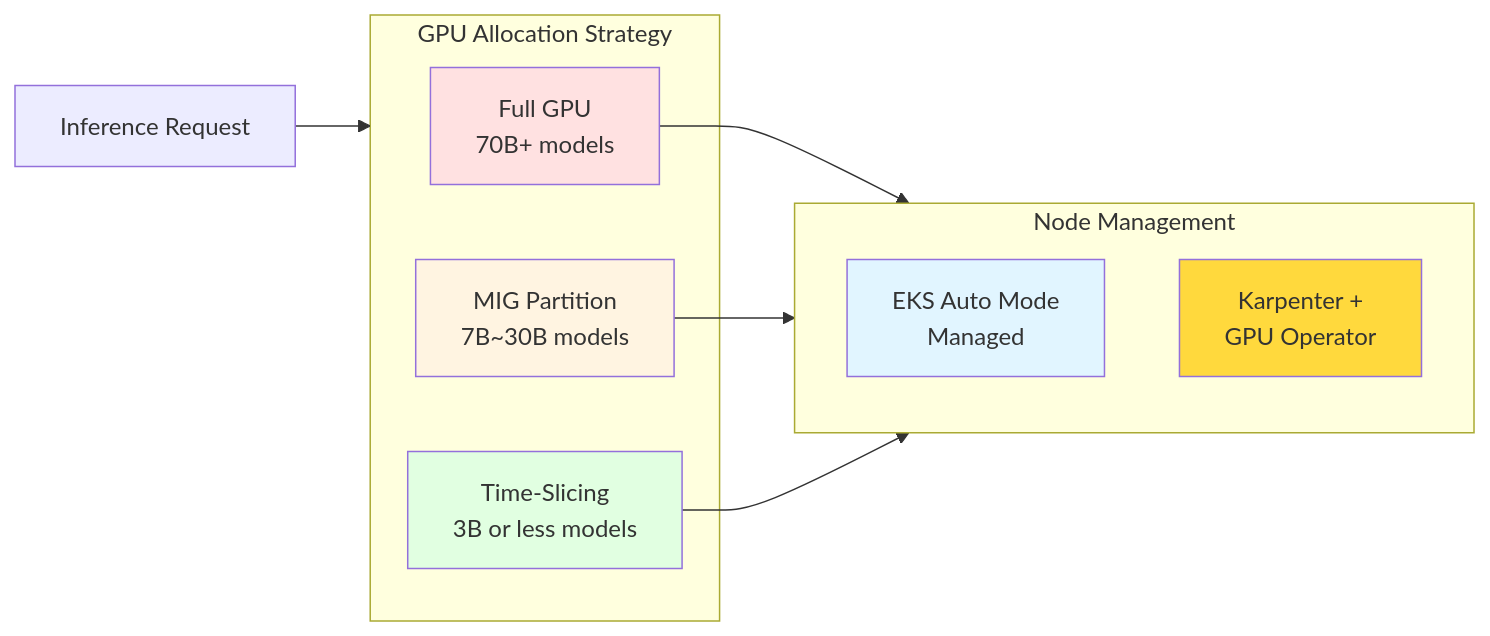
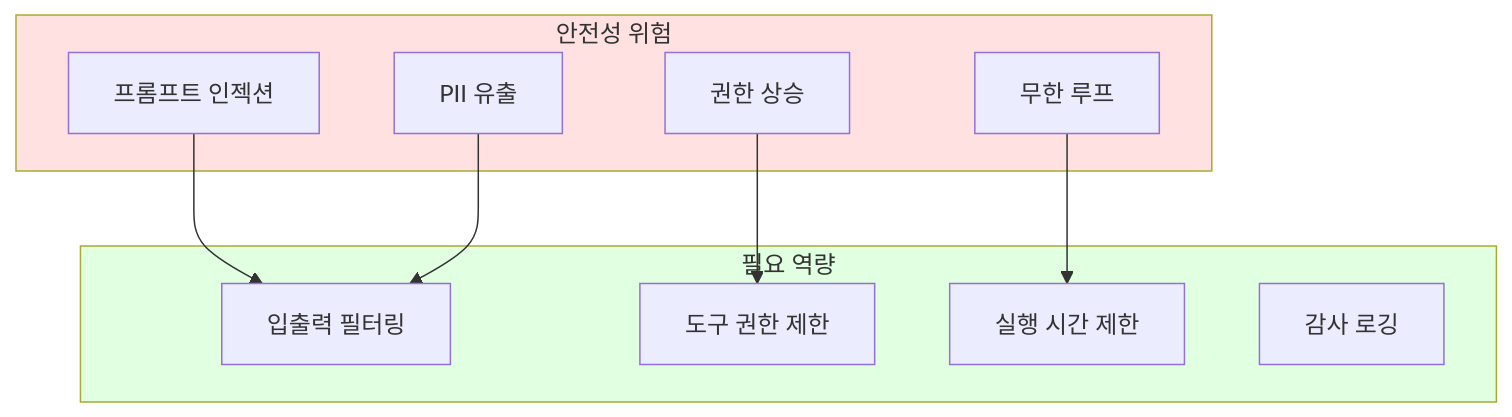
Before and after one commit to devfloor9/engineering-playbook: the third of 4 diagrams in i18n/en/docusaurus-plugin-content-docs/current/agentic-ai-platform/design-architecture/agentic-ai-challenges.md, drawn with Mermaid. The commit also changed other lines of this file and 23 other files, not shown here.

````diff
--- a/i18n/en/docusaurus-plugin-content-docs/current/agentic-ai-platform/design-architecture/agentic-ai-challenges.md
+++ b/i18n/en/docusaurus-plugin-content-docs/current/agentic-ai-platform/design-architecture/agentic-ai-challenges.md
@@ -245,26 +149,24 @@
 ```mermaid
-flowchart LR
-    REQ["Inference Request"]
-
-    subgraph GPUStrategy["GPU Allocation Strategy"]
-        FULL["Full GPU<br/>70B+ models"]
-        MIG["MIG Partition<br/>7B~30B models"]
-        TS["Time-Slicing<br/>3B or less models"]
+flowchart TD
+    subgraph Risks["안전성 위험"]
+        R1["프롬프트 인젝션"]
+        R2["PII 유출"]
+        R3["무한 루프"]
+        R4["권한 상승"]
     end
 
-    subgraph NodeMgmt["Node Management"]
-        AUTO["EKS Auto Mode<br/>Managed"]
-        KARP["Karpenter +<br/>GPU Operator"]
+    subgraph Needs["필요 역량"]
+        N1["입출력 필터링"]
+        N2["도구 권한 제한"]
+        N3["실행 시간 제한"]
+        N4["감사 로깅"]
     end
 
-    REQ --> GPUStrategy
-    FULL --> NodeMgmt
-    MIG --> NodeMgmt
-    TS --> NodeMgmt
+    R1 --> N1
+    R2 --> N1
+    R3 --> N3
+    R4 --> N2
 
-    style FULL fill:#ffe1e1
-    style MIG fill:#fff4e1
-    style TS fill:#e1ffe1
-    style AUTO fill:#e1f5ff
-    style KARP fill:#ffd93d
+    style Risks fill:#ffe1e1
+    style Needs fill:#e1ffe1
 ```
````
